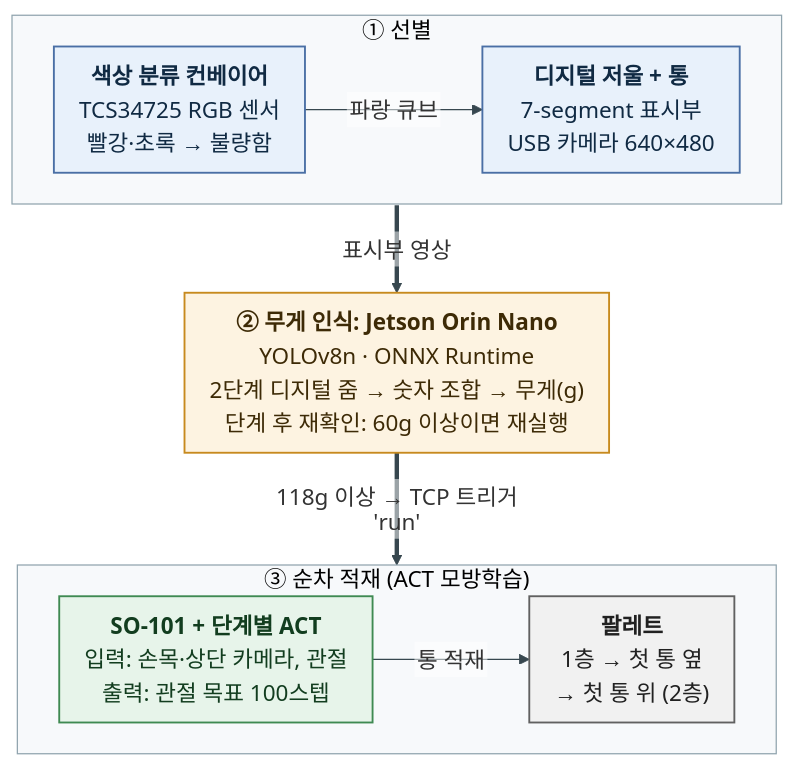
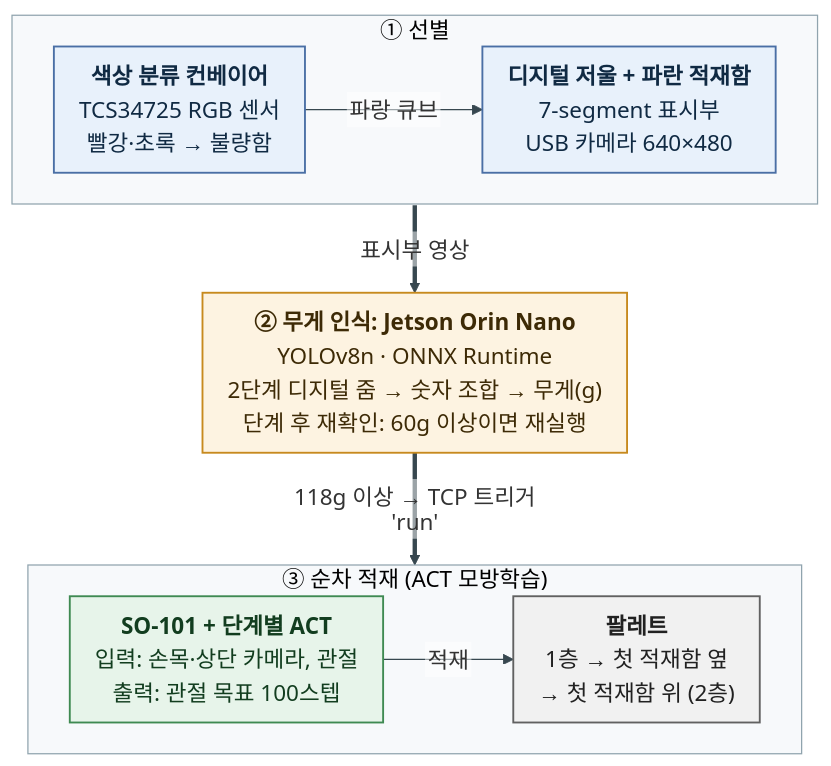
Before and after one commit to kakabab12/LAB-1309: the diagram in 08_개인논문_ACT적재/결과/그림/fig1_system.mmd, drawn with Mermaid. The commit also changed 11 other files, not shown here.

```diff
--- a/08_개인논문_ACT적재/결과/그림/fig1_system.mmd
+++ b/08_개인논문_ACT적재/결과/그림/fig1_system.mmd
@@ -1,36 +1,36 @@
 %%{init: {"theme": "base", "themeCSS": ".edgeLabel rect, .edgeLabel .background, .labelBkg { opacity: 1 !important; fill: #ffffff !important; background-color: #ffffff !important; }", "markdownAutoWrap": false, "themeVariables": {"fontFamily": "Noto Sans CJK KR, Malgun Gothic, Apple SD Gothic Neo, sans-serif", "fontSize": "18px", "primaryColor": "#ffffff", "primaryBorderColor": "#455a64", "lineColor": "#37474f", "clusterBkg": "#f7f9fb", "clusterBorder": "#90a4ae", "edgeLabelBackground": "#ffffff"}, "flowchart": {"htmlLabels": false, "wrappingWidth": 600, "nodeSpacing": 30, "rankSpacing": 42, "padding": 10, "curve": "basis"}}}%%
 flowchart TB
   subgraph SORT["① 선별"]
     direction LR
     CONV["`**색상 분류 컨베이어**
 TCS34725 RGB 센서
 빨강·초록 → 불량함`"]
-    SCALE["`**디지털 저울 + 통**
+    SCALE["`**디지털 저울 + 파란 적재함**
 7-segment 표시부
 USB 카메라 640×480`"]
     CONV -- "파랑 큐브" --> SCALE
   end
   JET["`**② 무게 인식: Jetson Orin Nano**
 YOLOv8n · ONNX Runtime
 2단계 디지털 줌 → 숫자 조합 → 무게(g)
 단계 후 재확인: 60g 이상이면 재실행`"]
   subgraph STACK["③ 순차 적재 (ACT 모방학습)"]
     direction LR
     ROBOT["`**SO-101 + 단계별 ACT**
 입력: 손목·상단 카메라, 관절
 출력: 관절 목표 100스텝`"]
     PAL["`**팔레트**
-1층 → 첫 통 옆
-→ 첫 통 위 (2층)`"]
-    ROBOT -- "통 적재" --> PAL
+1층 → 첫 적재함 옆
+→ 첫 적재함 위 (2층)`"]
+    ROBOT -- "적재" --> PAL
   end
   SORT == "표시부 영상" ==> JET
   JET == "118g 이상 → TCP 트리거 'run'" ==> STACK
   classDef sort fill:#e8f1fb,stroke:#4a6fa5,stroke-width:1.5px,color:#102a43
   classDef jet fill:#fdf3e1,stroke:#c78a1e,stroke-width:1.5px,color:#3d2a06
   classDef act fill:#e7f4ea,stroke:#3f8a52,stroke-width:1.5px,color:#123d1f
   classDef pal fill:#f1f1f1,stroke:#616161,stroke-width:1.5px,color:#212121
   class CONV,SCALE sort
   class JET jet
   class ROBOT act
   class PAL pal
```
